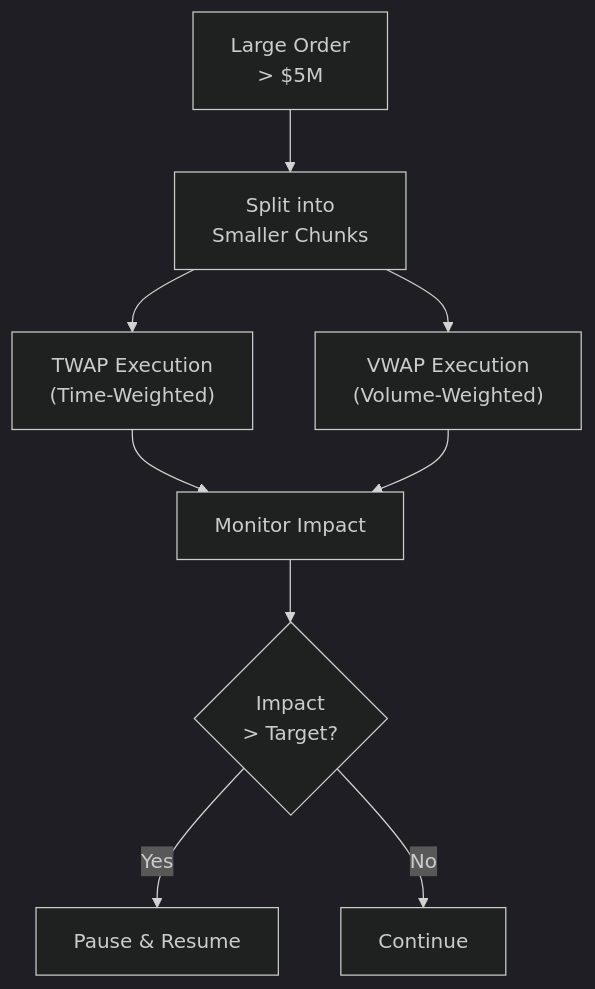
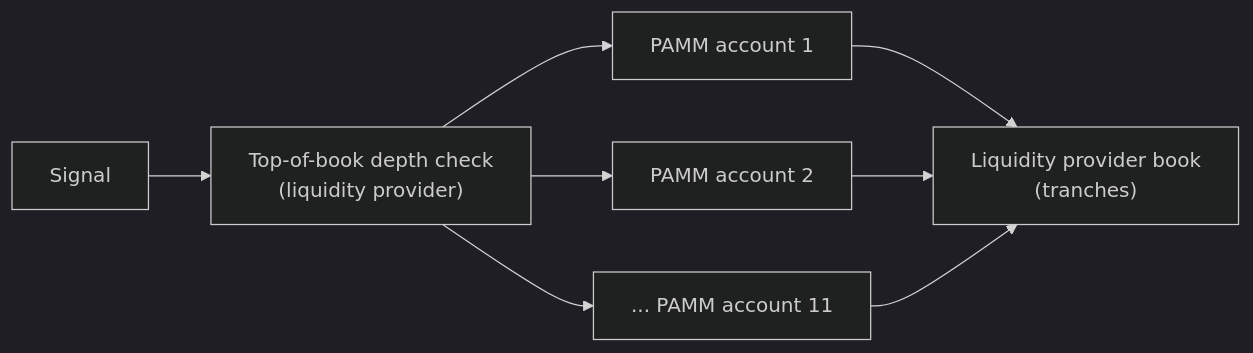
The diagram in docs/CAPACITY_ANALYSIS.md (blackholefund/external_docs), drawn with Mermaid (dark theme) before and after one commit. The commit also changed other lines of this file and 17 other files, not shown here.

````diff
--- a/docs/CAPACITY_ANALYSIS.md
+++ b/docs/CAPACITY_ANALYSIS.md
@@ -72,13 +11,10 @@
 ```mermaid
-flowchart TB
-    Order["Large Order\n> $5M"] --> Split["Split into\nSmaller Chunks"]
-    Split --> TWAP["TWAP Execution\n(Time-Weighted)"]
-    Split --> VWAP["VWAP Execution\n(Volume-Weighted)"]
-
-    TWAP --> Monitor["Monitor Impact"]
-    VWAP --> Monitor
-
-    Monitor --> Adjust{"Impact\n> Target?"}
-    Adjust -->|Yes| Pause["Pause & Resume"]
-    Adjust -->|No| Continue["Continue"]
+flowchart LR
+    Signal["Signal"] --> Check["Top-of-book depth check\n(liquidity provider)"]
+    Check --> A1["PAMM account 1"]
+    Check --> A2["PAMM account 2"]
+    Check --> An["... PAMM account 11"]
+    A1 --> Book["Liquidity provider book\n(tranches)"]
+    A2 --> Book
+    An --> Book
 ```
````
